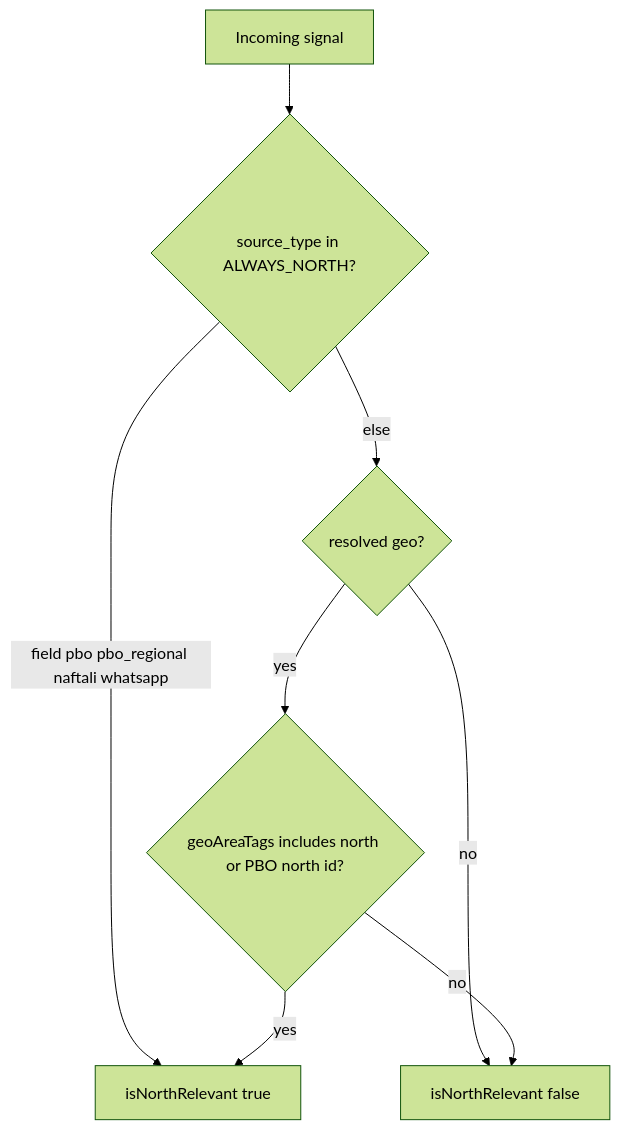
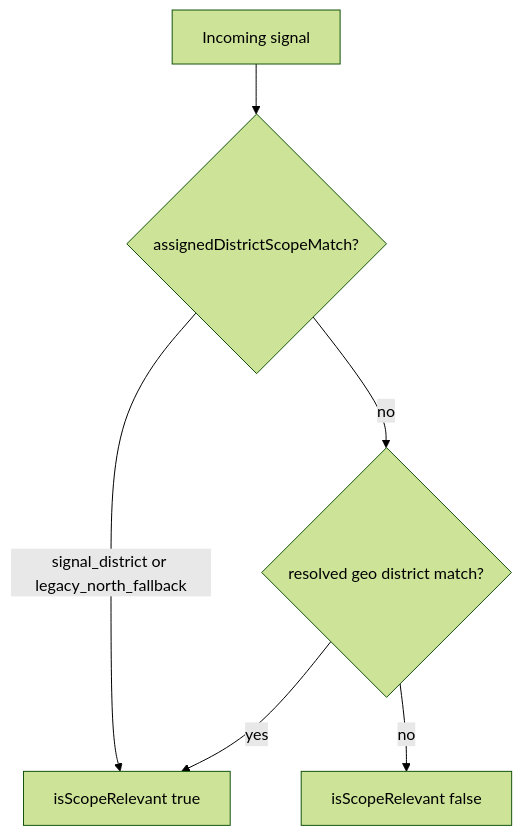
The second of 2 diagrams in docs/reviews/application-architecture-and-analysis-deep-dive.md (anatolyZader/news-fetch), drawn with Mermaid (forest theme) before and after one commit. The commit also changed other lines of this file and 10 other files, not shown here.

````diff
--- a/docs/reviews/application-architecture-and-analysis-deep-dive.md
+++ b/docs/reviews/application-architecture-and-analysis-deep-dive.md
@@ -317,16 +320,13 @@
 ```mermaid
 flowchart TD
   sig[Incoming signal]
-  st{source_type in ALWAYS_NORTH?}
-  geo{resolved geo?}
-  tags{geoAreaTags includes north or PBO north id?}
-  outY[isNorthRelevant true]
-  outN[isNorthRelevant false]
-  sig --> st
-  st -->|field pbo pbo_regional naftali whatsapp| outY
-  st -->|else| geo
+  district{assignedDistrictScopeMatch?}
+  geo{resolved geo district match?}
+  outY[isScopeRelevant true]
+  outN[isScopeRelevant false]
+  sig --> district
+  district -->|signal_district or legacy_north_fallback| outY
+  district -->|no| geo
+  geo -->|yes| outY
   geo -->|no| outN
-  geo -->|yes| tags
-  tags -->|yes| outY
-  tags -->|no| outN
 ```
````
